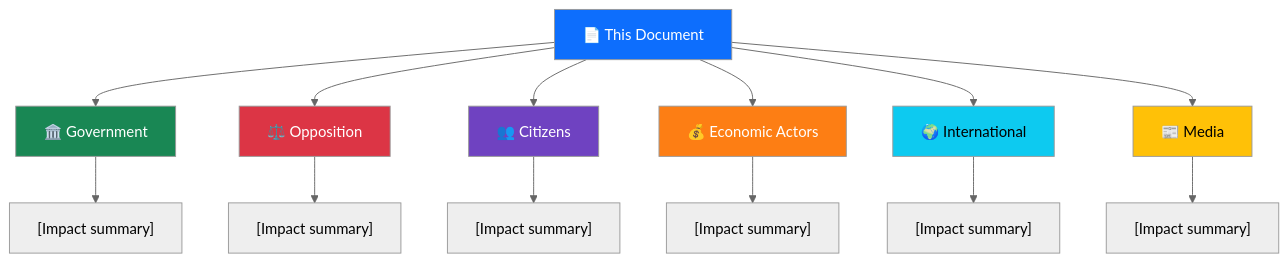
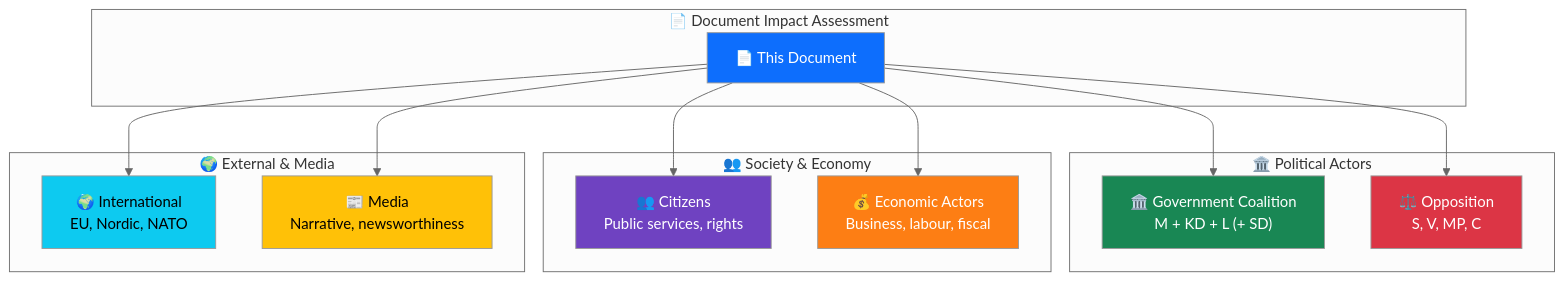
Before and after one commit to Hack23/riksdagsmonitor: the fifth of 5 diagrams in analysis/templates/per-file-political-intelligence.md, drawn with Mermaid (neutral theme). The commit also changed other lines of this file and 3 other files, not shown here.

````diff
--- a/analysis/templates/per-file-political-intelligence.md
+++ b/analysis/templates/per-file-political-intelligence.md
@@ -212,24 +230,36 @@
 ```mermaid
 graph TD
-    DOC["📄 This Document"] --> GOV["🏛️ Government"]
-    DOC --> OPP["⚖️ Opposition"]
-    DOC --> CIT["👥 Citizens"]
-    DOC --> ECO["💰 Economic Actors"]
-    DOC --> INT["🌍 International"]
-    DOC --> MED["📰 Media"]
+    subgraph "📄 Document Impact Assessment"
+        DOC["📄 This Document"]
+    end
     
-    GOV --> G1["[Impact summary]"]
-    OPP --> O1["[Impact summary]"]
-    CIT --> C1["[Impact summary]"]
-    ECO --> E1["[Impact summary]"]
-    INT --> I1["[Impact summary]"]
-    MED --> M1["[Impact summary]"]
+    subgraph "🏛️ Political Actors"
+        GOV["🏛️ Government Coalition<br/>M + KD + L (+ SD)"]
+        OPP["⚖️ Opposition<br/>S, V, MP, C"]
+    end
+    
+    subgraph "👥 Society & Economy"
+        CIT["👥 Citizens<br/>Public services, rights"]
+        ECO["💰 Economic Actors<br/>Business, labour, fiscal"]
+    end
+    
+    subgraph "🌍 External & Media"
+        INT["🌍 International<br/>EU, Nordic, NATO"]
+        MED["📰 Media<br/>Narrative, newsworthiness"]
+    end
+    
+    DOC --> GOV
+    DOC --> OPP
+    DOC --> CIT
+    DOC --> ECO
+    DOC --> INT
+    DOC --> MED
     
     style DOC fill:#0d6efd,color:#fff
     style GOV fill:#198754,color:#fff
     style OPP fill:#dc3545,color:#fff
     style CIT fill:#6f42c1,color:#fff
     style ECO fill:#fd7e14,color:#fff
     style INT fill:#0dcaf0,color:#000
     style MED fill:#ffc107,color:#000
 ```
````
